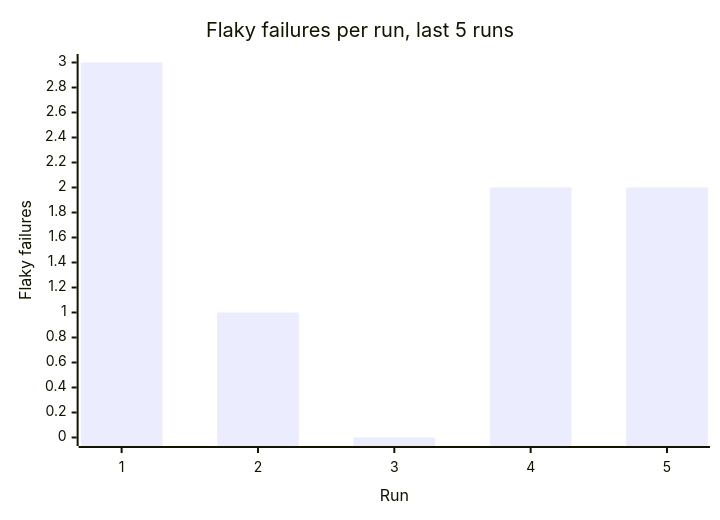
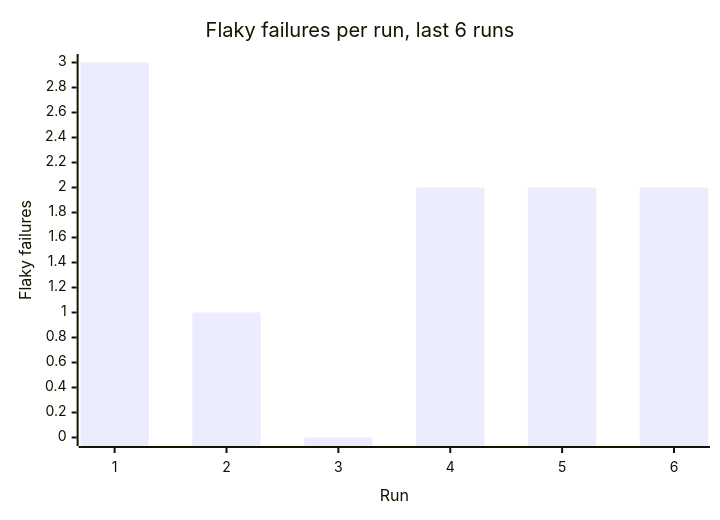
Before and after one commit to Shirojoufu/Flaky-Test-Lab: the second of 3 diagrams in reports/summary.md, drawn with Mermaid. The commit also changed other lines of this file and 7 other files, not shown here.

````diff
--- a/reports/summary.md
+++ b/reports/summary.md
@@ -50,7 +50,7 @@
 ```mermaid
 xychart-beta
-    title "Flaky failures per run, last 5 runs"
-    x-axis "Run" [1, 2, 3, 4, 5]
+    title "Flaky failures per run, last 6 runs"
+    x-axis "Run" [1, 2, 3, 4, 5, 6]
     y-axis "Flaky failures" 0 --> 3
-    bar [3, 1, 0, 2, 2]
+    bar [3, 1, 0, 2, 2, 2]
 ```
````
